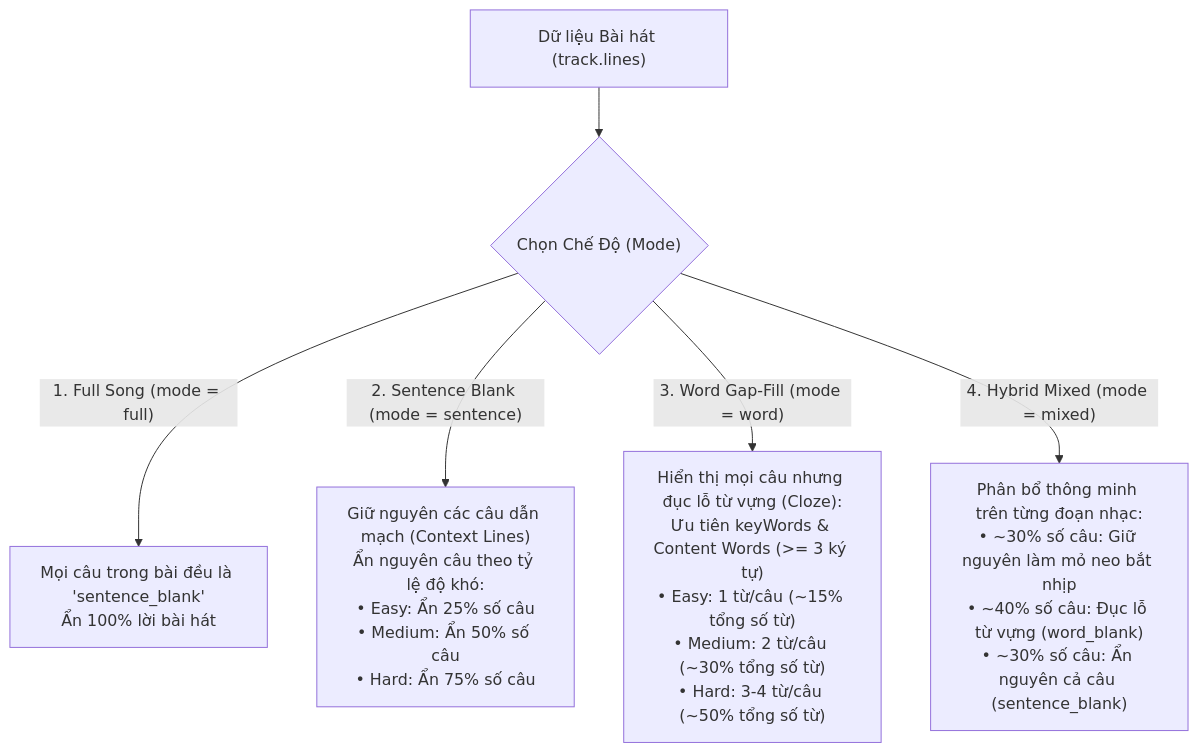
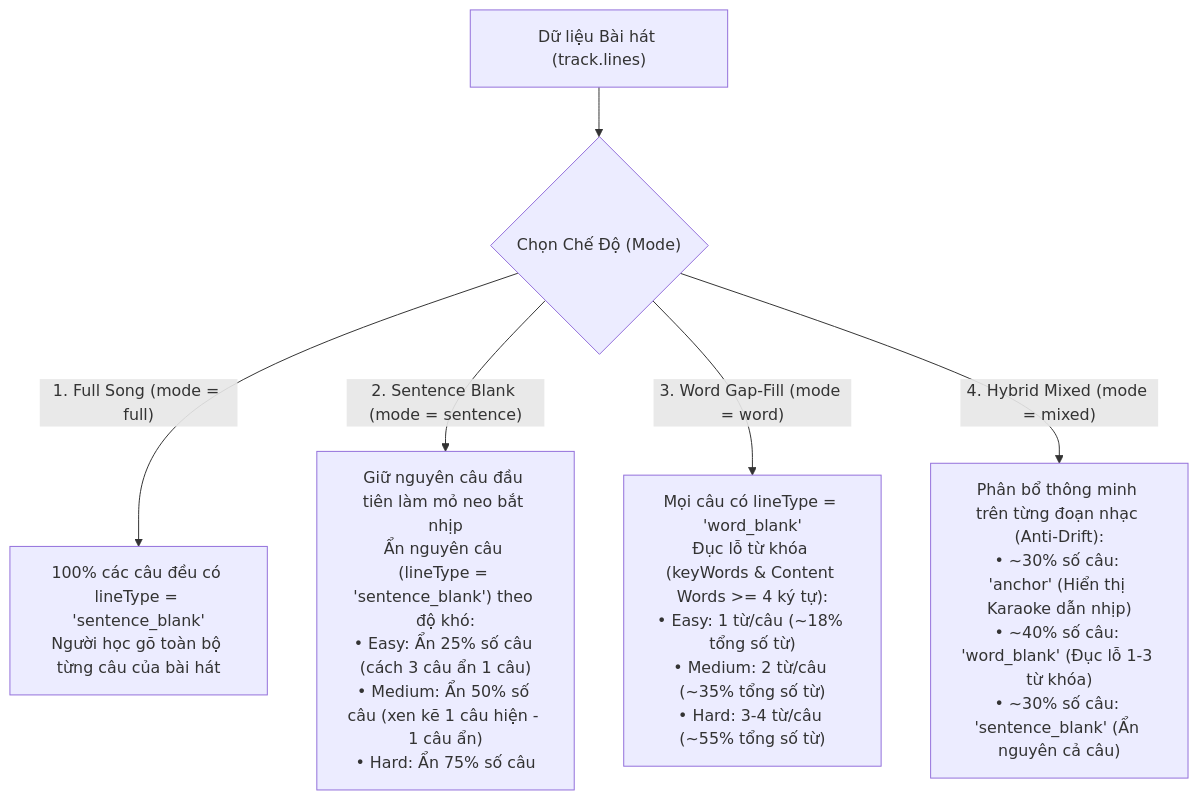
Before and after one commit to johntroger/ielts-practice-vietnamese: the first of 2 diagrams in docs/MUSIC_LISTENING_STUDIO_PLAN.md, drawn with Mermaid. The commit also changed other lines of this file and 4 other files, not shown here.

````diff
--- a/docs/MUSIC_LISTENING_STUDIO_PLAN.md
+++ b/docs/MUSIC_LISTENING_STUDIO_PLAN.md
@@ -144,12 +226,12 @@
 ```mermaid
 flowchart TD
     Track["Dữ liệu Bài hát (track.lines)"] --> ModeSwitch{"Chọn Chế Độ (Mode)"}
     
-    ModeSwitch -->|"1. Full Song (mode = full)"| M1["Mọi câu trong bài đều là 'sentence_blank'<br/>Ẩn 100% lời bài hát"]
+    ModeSwitch -->|"1. Full Song (mode = full)"| M1["100% các câu đều có lineType = 'sentence_blank'<br/>Người học gõ toàn bộ từng câu của bài hát"]
     
-    ModeSwitch -->|"2. Sentence Blank (mode = sentence)"| M2["Giữ nguyên các câu dẫn mạch (Context Lines)<br/>Ẩn nguyên câu theo tỷ lệ độ khó:<br/>• Easy: Ẩn 25% số câu<br/>• Medium: Ẩn 50% số câu<br/>• Hard: Ẩn 75% số câu"]
+    ModeSwitch -->|"2. Sentence Blank (mode = sentence)"| M2["Giữ nguyên câu đầu tiên làm mỏ neo bắt nhịp<br/>Ẩn nguyên câu (lineType = 'sentence_blank') theo độ khó:<br/>• Easy: Ẩn 25% số câu (cách 3 câu ẩn 1 câu)<br/>• Medium: Ẩn 50% số câu (xen kẽ 1 câu hiện - 1 câu ẩn)<br/>• Hard: Ẩn 75% số câu"]
     
-    ModeSwitch -->|"3. Word Gap-Fill (mode = word)"| M3["Hiển thị mọi câu nhưng đục lỗ từ vựng (Cloze):<br/>Ưu tiên keyWords & Content Words (>= 3 ký tự)<br/>• Easy: 1 từ/câu (~15% tổng số từ)<br/>• Medium: 2 từ/câu (~30% tổng số từ)<br/>• Hard: 3-4 từ/câu (~50% tổng số từ)"]
+    ModeSwitch -->|"3. Word Gap-Fill (mode = word)"| M3["Mọi câu có lineType = 'word_blank'<br/>Đục lỗ từ khóa (keyWords & Content Words >= 4 ký tự):<br/>• Easy: 1 từ/câu (~18% tổng số từ)<br/>• Medium: 2 từ/câu (~35% tổng số từ)<br/>• Hard: 3-4 từ/câu (~55% tổng số từ)"]
     
-    ModeSwitch -->|"4. Hybrid Mixed (mode = mixed)"| M4["Phân bổ thông minh trên từng đoạn nhạc:<br/>• ~30% số câu: Giữ nguyên làm mỏ neo bắt nhịp<br/>• ~40% số câu: Đục lỗ từ vựng (word_blank)<br/>• ~30% số câu: Ẩn nguyên cả câu (sentence_blank)"]
+    ModeSwitch -->|"4. Hybrid Mixed (mode = mixed)"| M4["Phân bổ thông minh trên từng đoạn nhạc (Anti-Drift):<br/>• ~30% số câu: 'anchor' (Hiển thị Karaoke dẫn nhịp)<br/>• ~40% số câu: 'word_blank' (Đục lỗ 1-3 từ khóa)<br/>• ~30% số câu: 'sentence_blank' (Ẩn nguyên cả câu)"]
 ```
````
